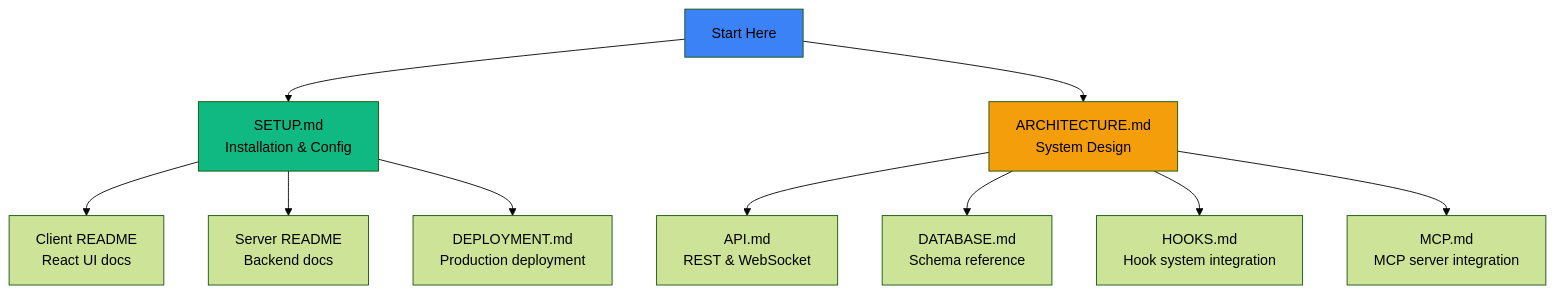
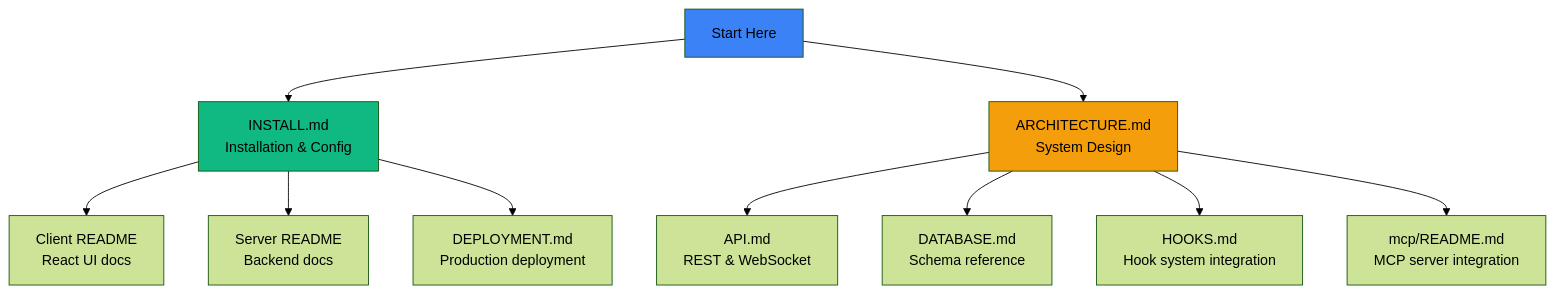
One commit to buluma/Code-Agent-Monitor changed the first of 14 diagrams in docs/README.md. Above: the diagram before and after it, drawn with Mermaid (forest theme). The commit also changed other lines of this file and 9 other files, not shown here.

First line of the commit message:
docs: merge SETUP.md into INSTALL.md, make it canonical

````diff
--- a/docs/README.md
+++ b/docs/README.md
@@ -43,19 +43,19 @@
 ```mermaid
 graph TB
-    Start[Start Here] --> Setup[SETUP.md<br/>Installation & Config]
+    Start[Start Here] --> Setup[INSTALL.md<br/>Installation & Config]
     Start --> Architecture[ARCHITECTURE.md<br/>System Design]
     
     Setup --> Client[Client README<br/>React UI docs]
     Setup --> Server[Server README<br/>Backend docs]
     
     Architecture --> API[API.md<br/>REST & WebSocket]
     Architecture --> Database[DATABASE.md<br/>Schema reference]
     Architecture --> Hooks[HOOKS.md<br/>Hook system integration]
-    Architecture --> MCP[MCP.md<br/>MCP server integration]
+    Architecture --> MCP[mcp/README.md<br/>MCP server integration]
     
     Setup --> Deploy[DEPLOYMENT.md<br/>Production deployment]
     
     style Start fill:#3B82F6
     style Setup fill:#10B981
     style Architecture fill:#F59E0B
 ```
````
